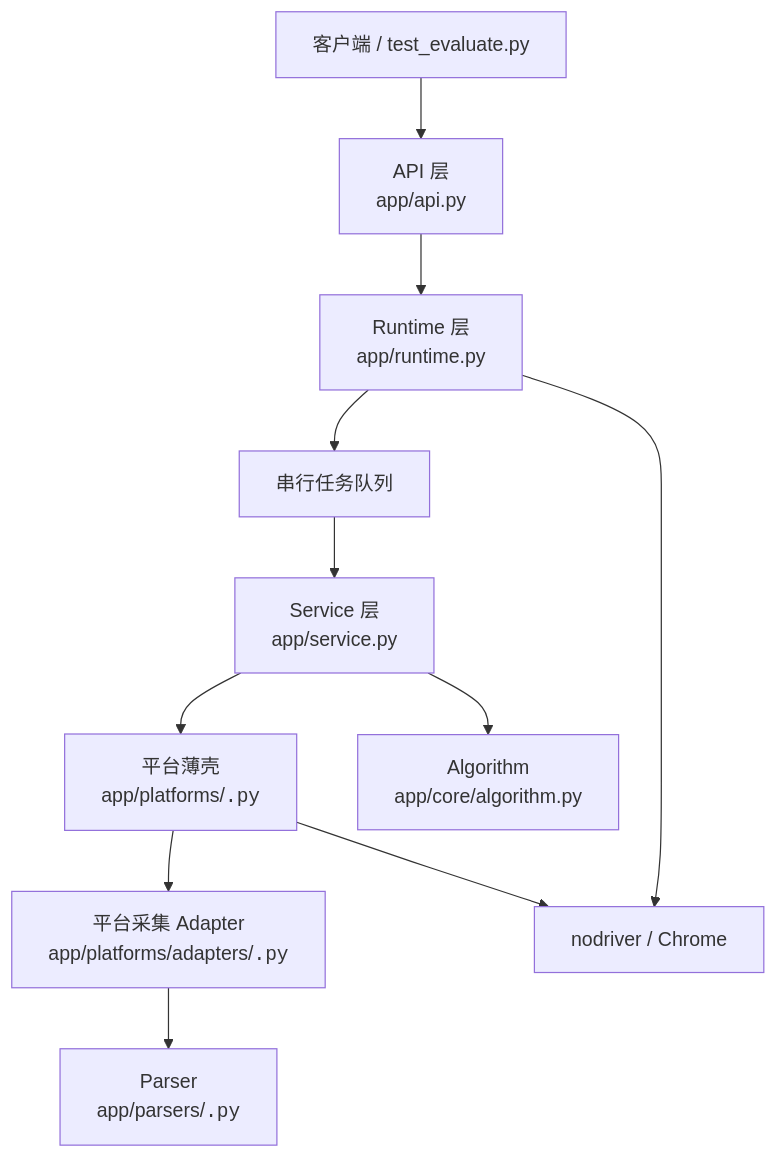
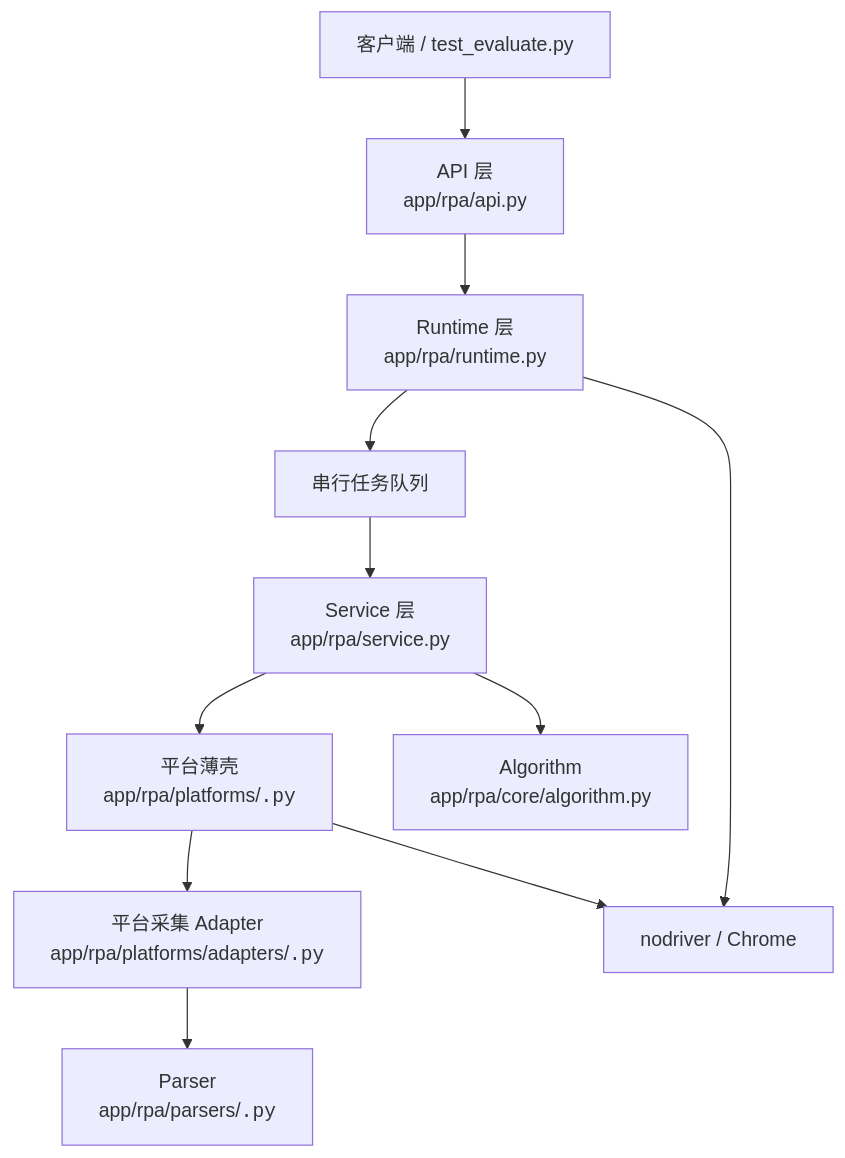
The first of 4 diagrams in docs/系统架构与运行时状态.md (Hr222/house-rpa), drawn with Mermaid before and after one commit. The commit also changed other lines of this file and 182 other files, not shown here.

````diff
--- a/docs/系统架构与运行时状态.md
+++ b/docs/系统架构与运行时状态.md
@@ -13,13 +13,13 @@
 ```mermaid
 flowchart TD
-    Client["客户端 / test_evaluate.py"] --> API["API 层\napp/api.py"]
-    API --> Runtime["Runtime 层\napp/runtime.py"]
+    Client["客户端 / test_evaluate.py"] --> API["API 层\napp/rpa/api.py"]
+    API --> Runtime["Runtime 层\napp/rpa/runtime.py"]
     Runtime --> Queue["串行任务队列"]
-    Queue --> Service["Service 层\napp/service.py"]
-    Service --> Shell["平台薄壳\napp/platforms/<code>.py"]
-    Shell --> Adapter["平台采集 Adapter\napp/platforms/adapters/<code>.py"]
-    Adapter --> Parser["Parser\napp/parsers/<code>.py"]
-    Service --> Algorithm["Algorithm\napp/core/algorithm.py"]
+    Queue --> Service["Service 层\napp/rpa/service.py"]
+    Service --> Shell["平台薄壳\napp/rpa/platforms/<code>.py"]
+    Shell --> Adapter["平台采集 Adapter\napp/rpa/platforms/adapters/<code>.py"]
+    Adapter --> Parser["Parser\napp/rpa/parsers/<code>.py"]
+    Service --> Algorithm["Algorithm\napp/rpa/core/algorithm.py"]
     Runtime --> Browser["nodriver / Chrome"]
     Shell --> Browser
 ```
````
